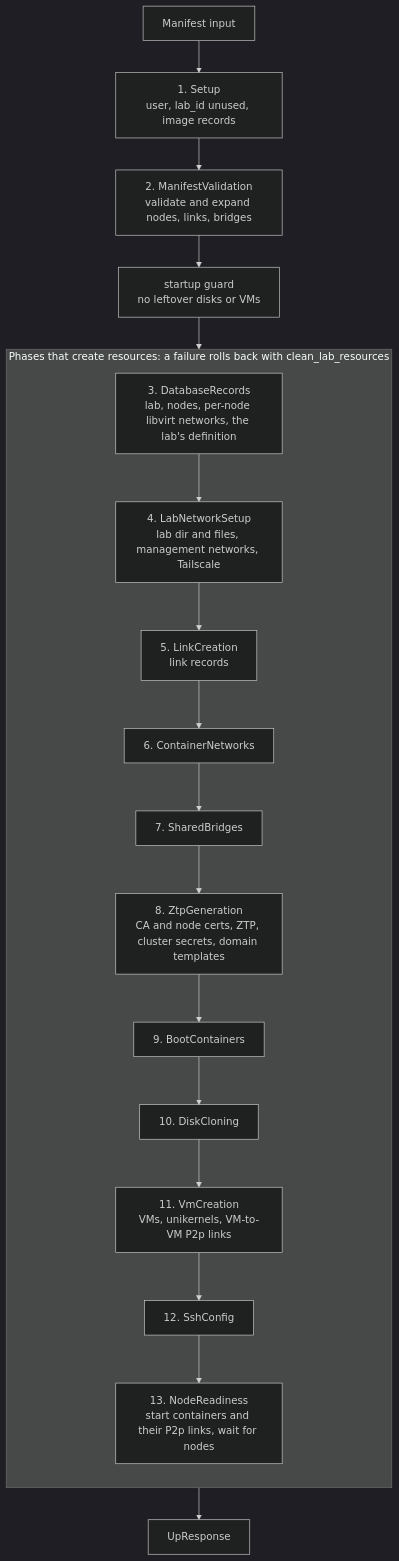
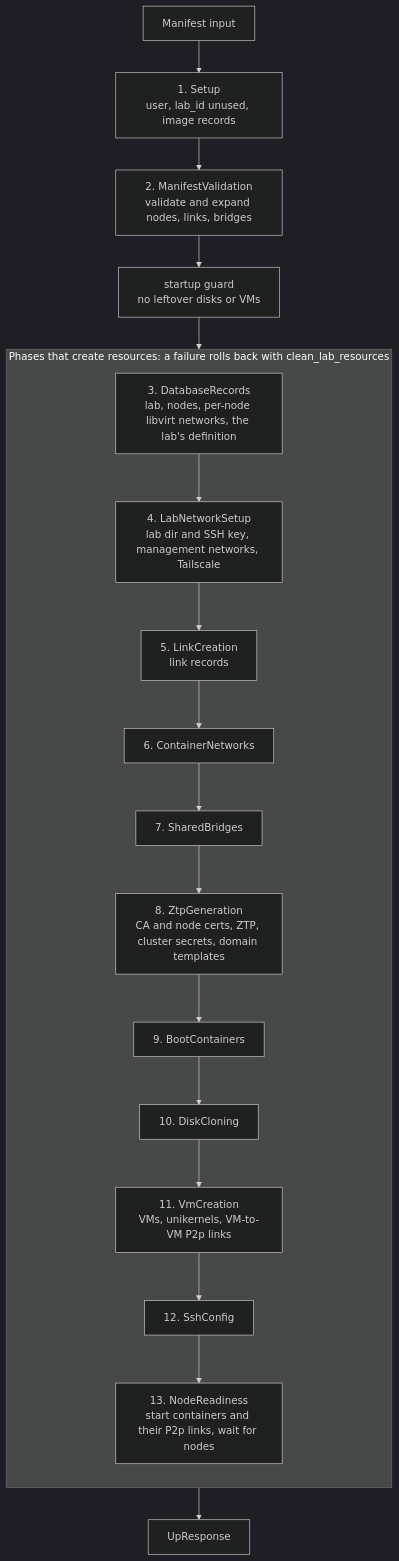
Before and after one commit to bwks/sherpa: diagram 21 of 26 in docs/architecture/SERVER.md, drawn with Mermaid (dark theme). The commit also changed other lines of this file and 52 other files, not shown here.

First line of the commit message:
feat(server): build lab-info.toml and the SSH files from the database

````diff
--- a/docs/architecture/SERVER.md
+++ b/docs/architecture/SERVER.md
@@ -1209,23 +1232,23 @@
 ```mermaid
 flowchart TB
     input["Manifest input"] --> setup["1. Setup<br/>user, lab_id unused, image records"]
     setup --> validation["2. ManifestValidation<br/>validate and expand nodes, links, bridges"]
     validation --> guard["startup guard<br/>no leftover disks or VMs"]
     subgraph created["Phases that create resources: a failure rolls back with clean_lab_resources"]
         direction TB
         db["3. DatabaseRecords<br/>lab, nodes, per-node libvirt networks, the lab's definition"]
-        labnet["4. LabNetworkSetup<br/>lab dir and files, management networks, Tailscale"]
+        labnet["4. LabNetworkSetup<br/>lab dir and SSH key, management networks, Tailscale"]
         links["5. LinkCreation<br/>link records"]
         ctrnets["6. ContainerNetworks"]
         bridges["7. SharedBridges"]
         ztp["8. ZtpGeneration<br/>CA and node certs, ZTP, cluster secrets, domain templates"]
         boot["9. BootContainers"]
         disks["10. DiskCloning"]
         vms["11. VmCreation<br/>VMs, unikernels, VM-to-VM P2p links"]
         ssh["12. SshConfig"]
         ready["13. NodeReadiness<br/>start containers and their P2p links, wait for nodes"]
         db --> labnet --> links --> ctrnets --> bridges --> ztp --> boot --> disks --> vms --> ssh --> ready
     end
     guard --> db
     ready --> response["UpResponse"]
 ```
````
